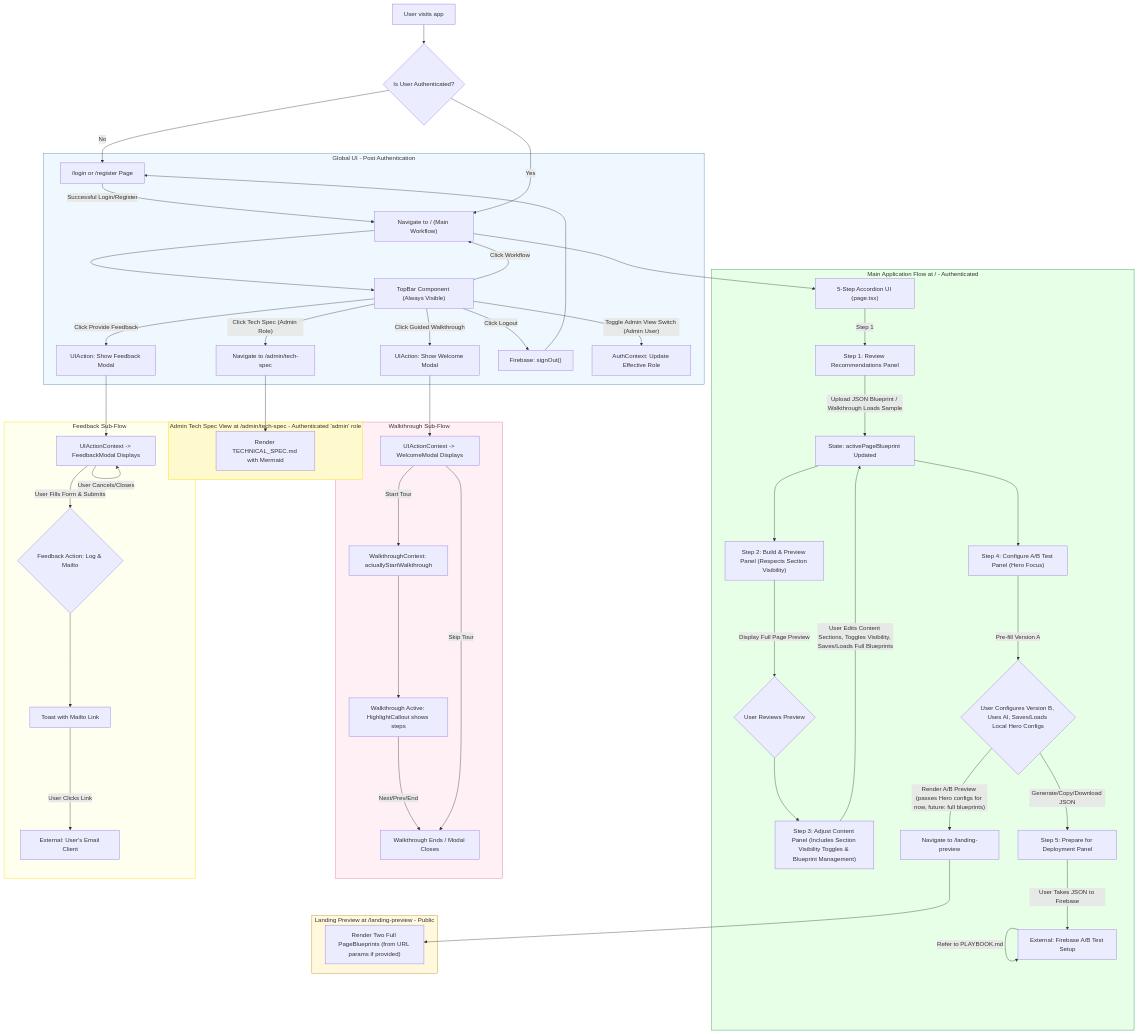
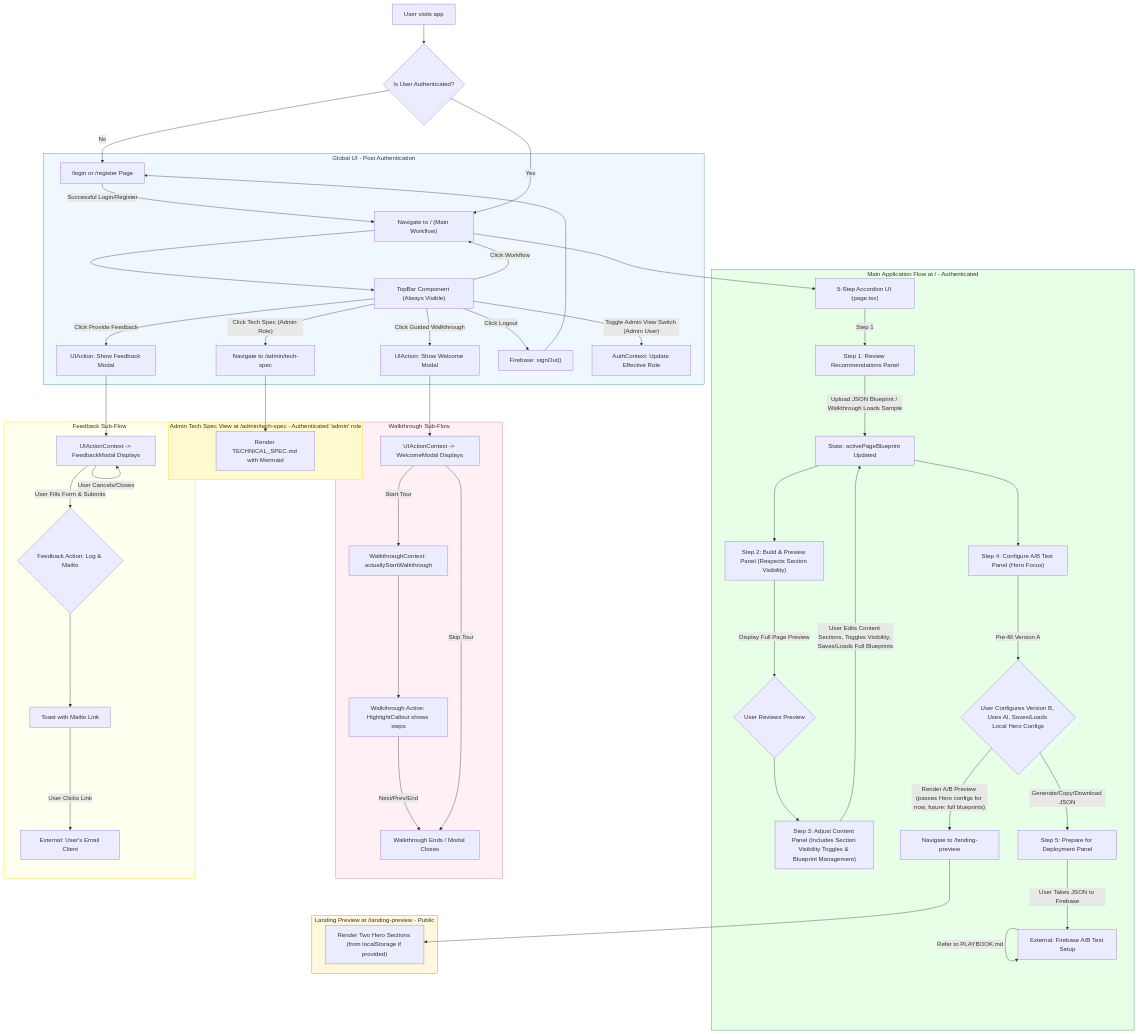
The second of 2 diagrams in TECHNICAL_SPEC.md (jason-davey/studio), drawn with Mermaid before and after one commit. The commit also changed other lines of this file and 3 other files, not shown here.

Commit message:
still not working - would it help to reduce / rollback the duplicate sections of the A/B pages back to just the hero section?

````diff
--- a/TECHNICAL_SPEC.md
+++ b/TECHNICAL_SPEC.md
@@ -434,70 +434,70 @@
 ```mermaid
 graph TD
     UserStart["User visits app"] --> CheckAuth{"Is User Authenticated?"}
     CheckAuth -- No --> LoginPage["/login or /register Page"]
     LoginPage -- Successful Login/Register --> MainAppNav["Navigate to / (Main Workflow)"]
     CheckAuth -- Yes --> MainAppNav
 
     subgraph GlobalUI [Global UI - Post Authentication]
         MainAppNav --> TopBarComp["TopBar Component (Always Visible)"]
         TopBarComp -- Click Workflow --> MainAppNav
         TopBarComp -- "Click Tech Spec (Admin Role)" --> AdminSpecNav["Navigate to /admin/tech-spec"]
         TopBarComp -- Click Guided Walkthrough --> UIAction_ShowWelcomeModal["UIAction: Show Welcome Modal"]
         TopBarComp -- Click Provide Feedback --> UIAction_ShowFeedbackModal["UIAction: Show Feedback Modal"]
         TopBarComp -- Click Logout --> LogoutAction["Firebase: signOut()"]
         TopBarComp -- "Toggle Admin View Switch (Admin User)" --> AuthContextRoleViewChange["AuthContext: Update Effective Role"]
         LogoutAction --> LoginPage
     end
 
     subgraph MainApp [Main Application Flow at / - Authenticated]
         MainAppNav --> AccordionInterface["5-Step Accordion UI (page.tsx)"]
         
         AccordionInterface -- Step 1 --> Step1Panel["Step 1: Review Recommendations Panel"]
         Step1Panel -- "Upload JSON Blueprint / Walkthrough Loads Sample" --> BlueprintState["State: activePageBlueprint Updated"]
         
         BlueprintState --> Step2Panel["Step 2: Build & Preview Panel (Respects Section Visibility)"]
         Step2Panel -- "Display Full Page Preview" --> UserReviewsPreview{"User Reviews Preview"}
         
         UserReviewsPreview --> Step3Panel["Step 3: Adjust Content Panel (Includes Section Visibility Toggles & Blueprint Management)"]
         Step3Panel -- "User Edits Content Sections, Toggles Visibility, Saves/Loads Full Blueprints" --> BlueprintState
         
         BlueprintState --> Step4Panel["Step 4: Configure A/B Test Panel (Hero Focus)"]
         Step4Panel -- "Pre-fill Version A" --> UserConfiguresAB{"User Configures Version B, Uses AI, Saves/Loads Local Hero Configs"}
         UserConfiguresAB -- "Render A/B Preview (passes Hero configs for now, future: full blueprints)" --> PreviewPageNav["Navigate to /landing-preview"]
         UserConfiguresAB -- "Generate/Copy/Download JSON" --> Step5Panel["Step 5: Prepare for Deployment Panel"]
         
         Step5Panel -- "User Takes JSON to Firebase" --> FirebaseConsoleSetup["External: Firebase A/B Test Setup"]
         FirebaseConsoleSetup -- "Refer to PLAYBOOK.md" --> FirebaseConsoleSetup
     end
 
     subgraph PreviewPage [Landing Preview at /landing-preview - Public]
-        PreviewPageNav --> RenderFullPageAB["Render Two Full PageBlueprints (from URL params if provided)"]
+        PreviewPageNav --> RenderHeroAB["Render Two Hero Sections (from localStorage if provided)"]
     end
     
     subgraph AdminSpecView [Admin Tech Spec View at /admin/tech-spec - Authenticated 'admin' role]
         AdminSpecNav --> RenderTechSpec["Render TECHNICAL_SPEC.md with Mermaid"]
     end
 
     subgraph WalkthroughFlow [Walkthrough Sub-Flow]
         UIAction_ShowWelcomeModal --> WelcomeModalDisplay["UIActionContext -> WelcomeModal Displays"]
         WelcomeModalDisplay -- Start Tour --> WalkthroughStart["WalkthroughContext: actuallyStartWalkthrough"]
         WalkthroughStart --> WalkthroughActive["Walkthrough Active: HighlightCallout shows steps"]
         WalkthroughActive -- Next/Prev/End --> WalkthroughEnd["Walkthrough Ends / Modal Closes"]
         WelcomeModalDisplay -- Skip Tour --> WalkthroughEnd
     end
 
     subgraph FeedbackFlow [Feedback Sub-Flow]
         UIAction_ShowFeedbackModal --> FeedbackModalDisplay["UIActionContext -> FeedbackModal Displays"]
         FeedbackModalDisplay -- User Fills Form & Submits --> FeedbackAction{"Feedback Action: Log & Mailto"}
         FeedbackAction --> FeedbackToast["Toast with Mailto Link"]
         FeedbackToast -- User Clicks Link --> UserEmailClient_External["External: User's Email Client"]
         FeedbackModalDisplay -- User Cancels/Closes --> FeedbackModalDisplay
     end
 
     style GlobalUI fill:#f0f8ff,stroke:#4682b4
     style MainApp fill:#e6ffe6,stroke:#2e8b57
     style PreviewPage fill:#fff8dc,stroke:#b8860b
     style AdminSpecView fill:#fffacd,stroke:#ffd700
     style WalkthroughFlow fill:#fff0f5,stroke:#db7093
     style FeedbackFlow fill:#fffff0,stroke:#ffd700
 ```
````
